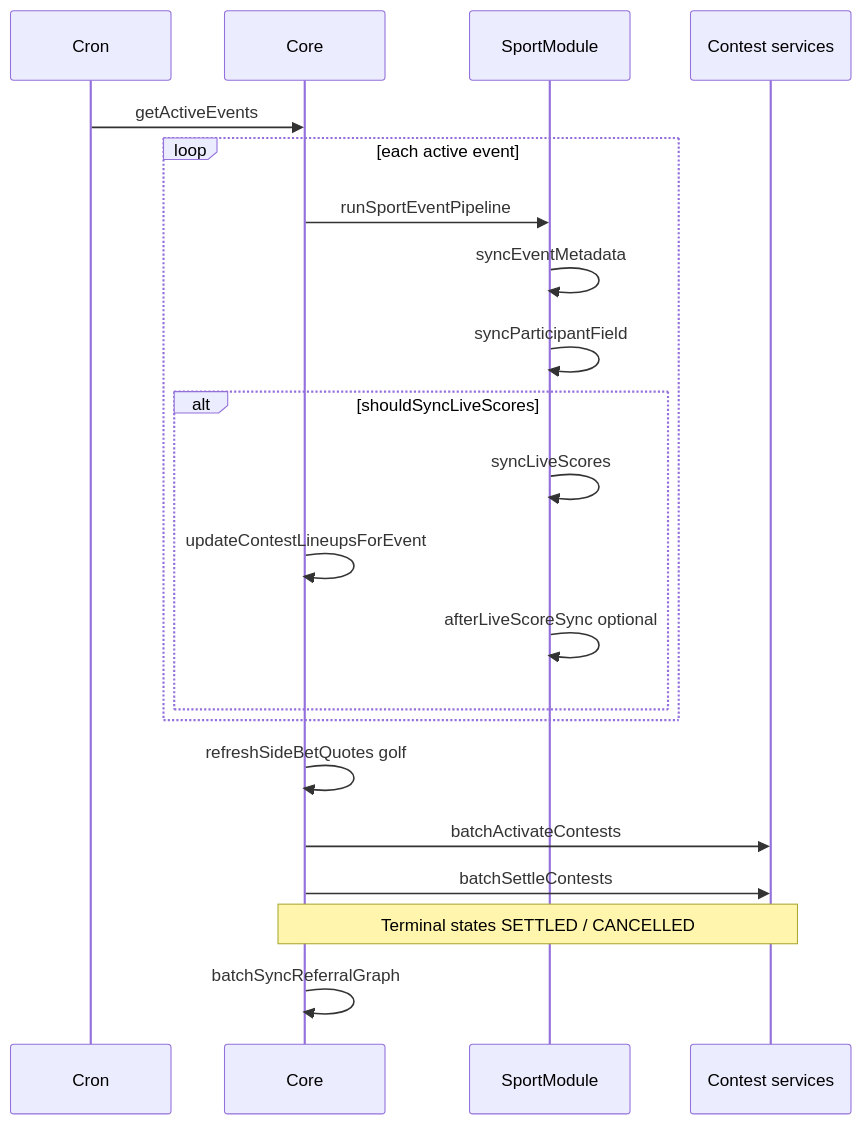
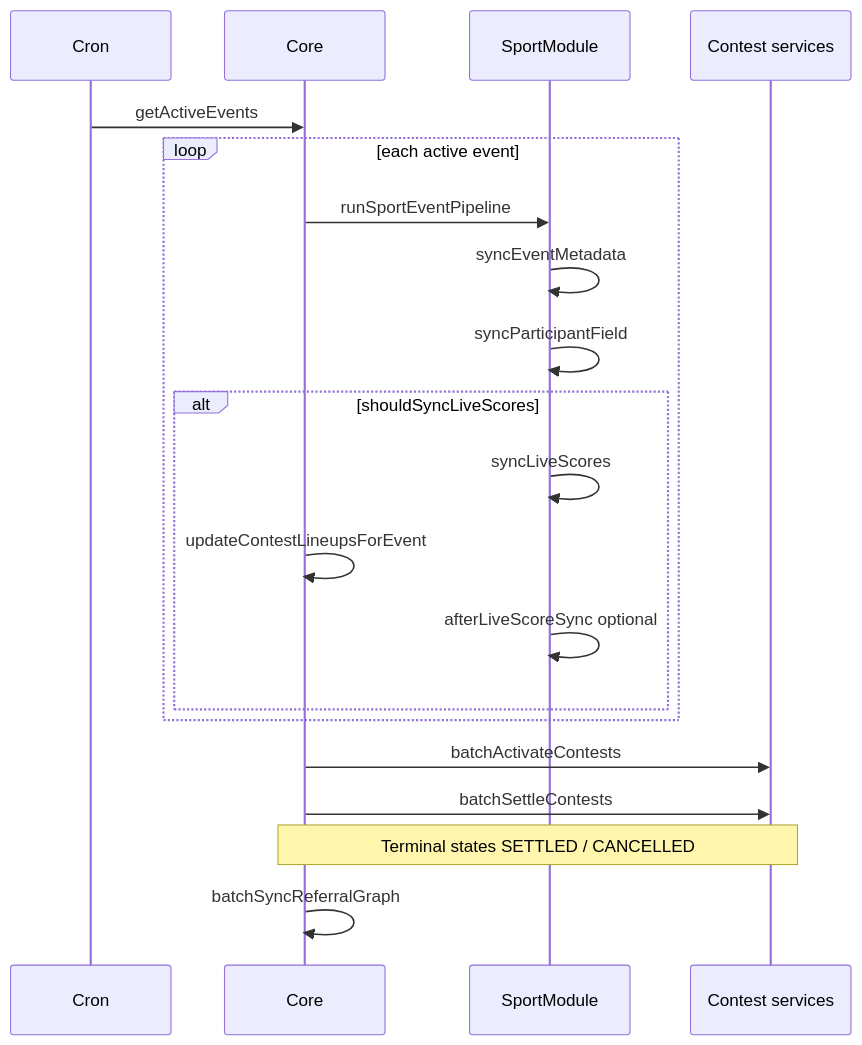
One commit to MagRelo/cut changed the second of 2 diagrams in docs/platform/architecture.md. Above: the diagram before and after it, drawn with Mermaid. The commit also changed other lines of this file and 135 other files, not shown here.

First line of the commit message:
Refactor side bet components and remove related logic

````diff
--- a/docs/platform/architecture.md
+++ b/docs/platform/architecture.md
@@ -197,24 +197,23 @@
 ```mermaid
 sequenceDiagram
   participant Cron
   participant Core
   participant Plugin as SportModule
   participant Contest as Contest services
 
   Cron->>Core: getActiveEvents
   loop each active event
     Core->>Plugin: runSportEventPipeline
     Plugin->>Plugin: syncEventMetadata
     Plugin->>Plugin: syncParticipantField
     alt shouldSyncLiveScores
       Plugin->>Plugin: syncLiveScores
       Core->>Core: updateContestLineupsForEvent
       Plugin->>Plugin: afterLiveScoreSync optional
     end
   end
-  Core->>Core: refreshSideBetQuotes golf
   Core->>Contest: batchActivateContests
   Core->>Contest: batchSettleContests
   Note over Core,Contest: Terminal states SETTLED / CANCELLED
   Core->>Core: batchSyncReferralGraph
 ```
````
